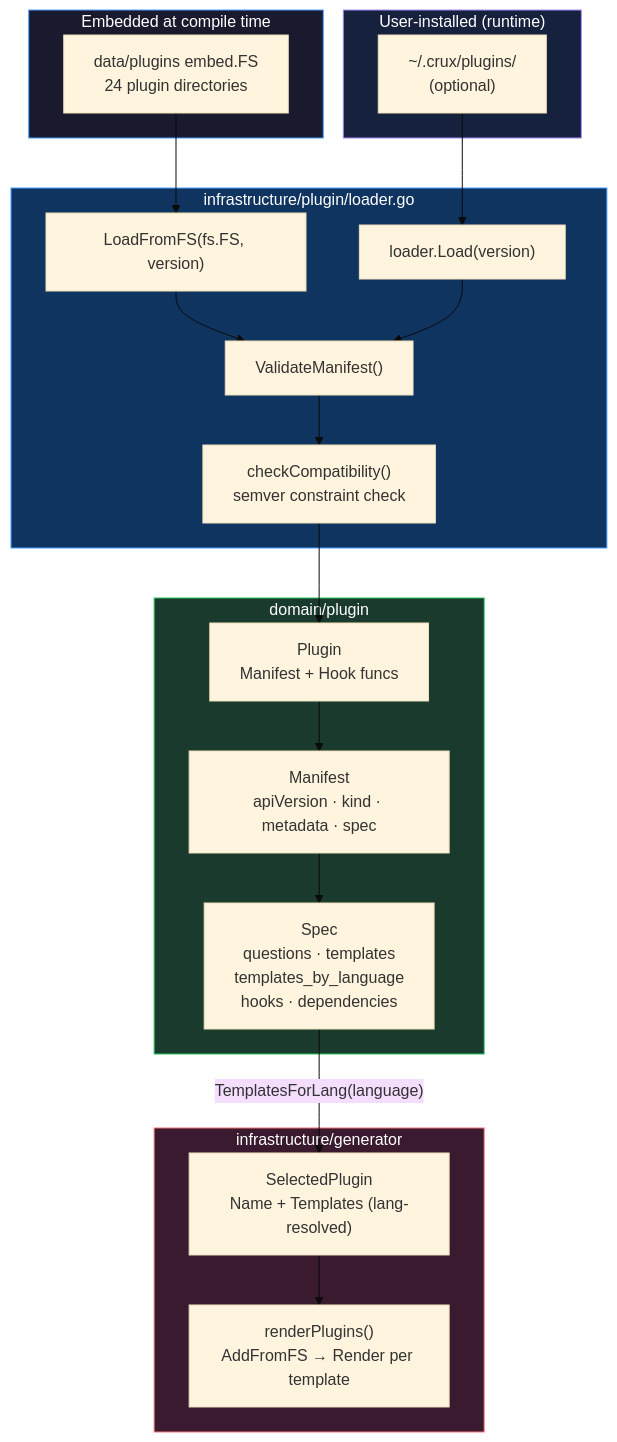
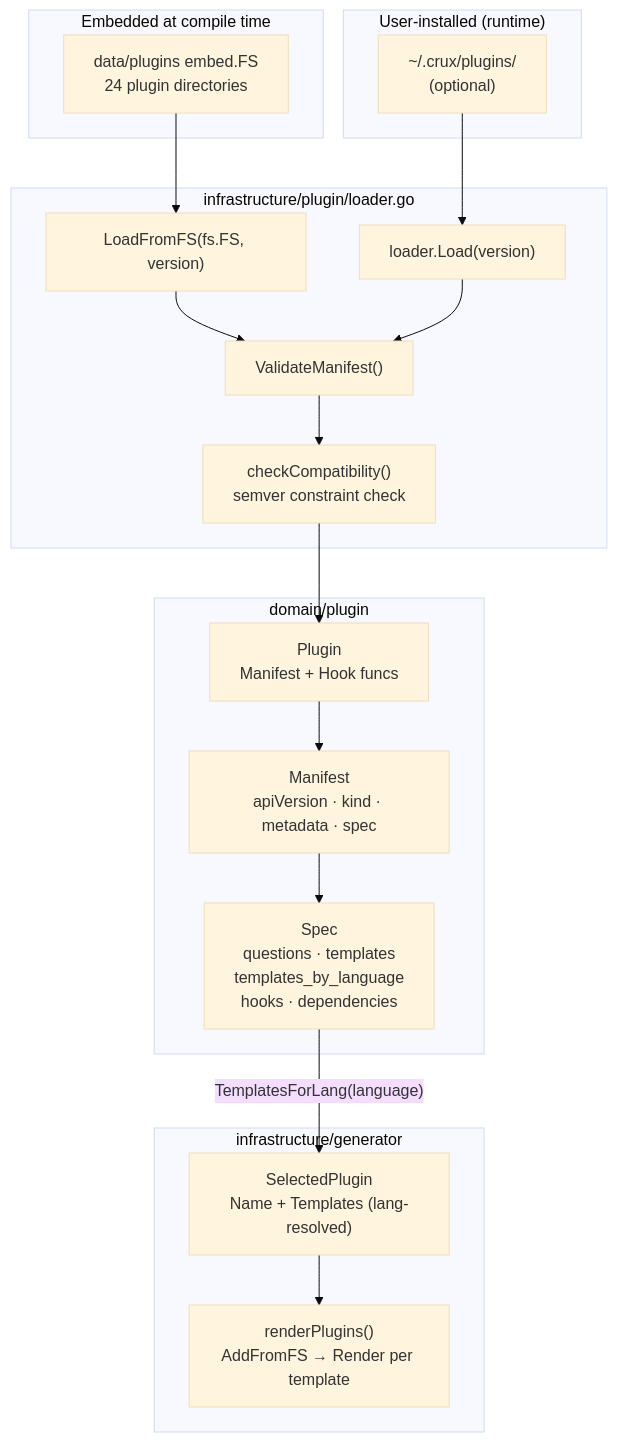
One commit to theheadlessengineer/crux changed the fourth of 15 diagrams in docs/architecture-diagrams.md. Above: the diagram before and after it, drawn with Mermaid (base theme). The commit also changed other lines of this file and 1 other file, not shown here.

````diff
--- a/docs/architecture-diagrams.md
+++ b/docs/architecture-diagrams.md
@@ -171,45 +162,39 @@
 ```mermaid
 graph TB
     subgraph EMBED["Embedded at compile time"]
         EFS["data/plugins embed.FS\n24 plugin directories"]
     end
 
     subgraph USER["User-installed (runtime)"]
         HOME["~/.crux/plugins/\n(optional)"]
     end
 
     subgraph LOADER["infrastructure/plugin/loader.go"]
         LFS["LoadFromFS(fs.FS, version)"]
         LO["loader.Load(version)"]
         VAL["ValidateManifest()"]
         COMPAT["checkCompatibility()\nsemver constraint check"]
     end
 
     subgraph DOMAIN["domain/plugin"]
         MANIFEST["Manifest\napiVersion · kind · metadata · spec"]
         SPEC["Spec\nquestions · templates\ntemplates_by_language\nhooks · dependencies"]
         PLUGIN["Plugin\nManifest + Hook funcs"]
     end
 
     subgraph GEN["infrastructure/generator"]
         SEL["SelectedPlugin\nName + Templates (lang-resolved)"]
         RENDER["renderPlugins()\nAddFromFS → Render per template"]
     end
 
     EFS --> LFS
     HOME --> LO
     LFS --> VAL
     LO --> VAL
     VAL --> COMPAT
     COMPAT --> PLUGIN
     PLUGIN --> MANIFEST
     MANIFEST --> SPEC
     SPEC -->|"TemplatesForLang(language)"| SEL
     SEL --> RENDER
-
-    style EMBED fill:#1a1a2e,color:#fff,stroke:#4a9eff
-    style USER fill:#16213e,color:#fff,stroke:#a78bfa
-    style LOADER fill:#0f3460,color:#fff,stroke:#4a9eff
-    style DOMAIN fill:#1a3a2e,color:#fff,stroke:#22c55e
-    style GEN fill:#3a1a2e,color:#fff,stroke:#f87171
 ```
````
